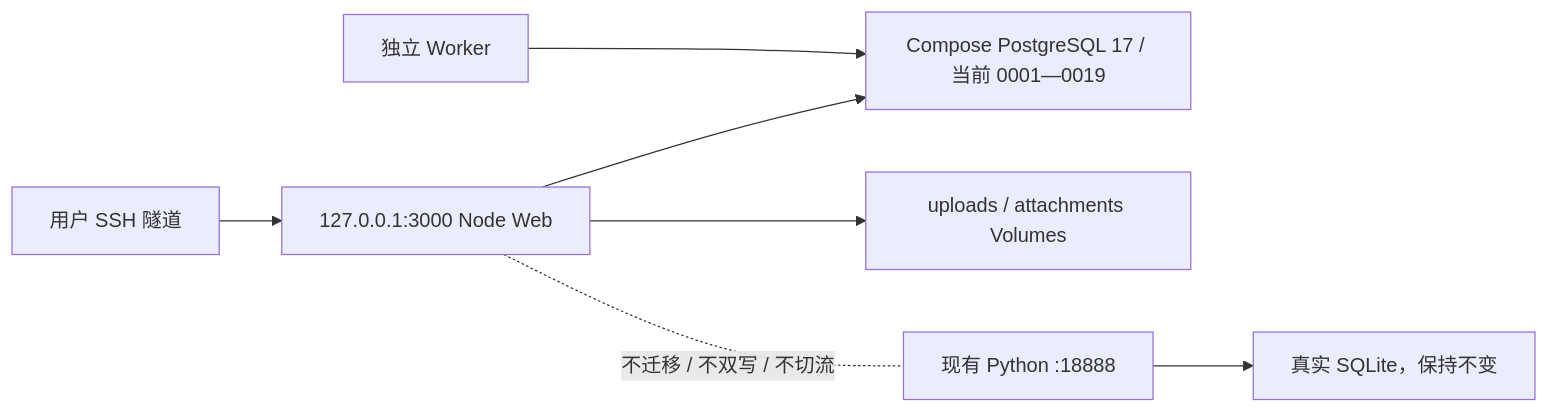
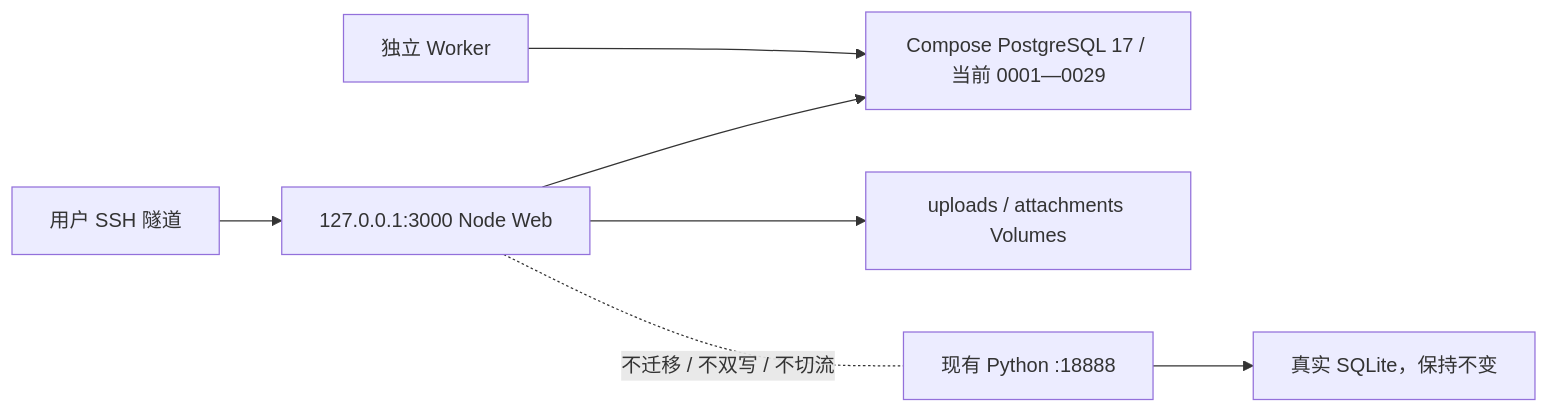
One commit to 3443176848/chenyida changed the tenth of 20 diagrams in docs/project/ARCHITECTURE.md. Above: the diagram before and after it, drawn with Mermaid. The commit also changed other lines of this file and 9 other files, not shown here.

````diff
--- a/docs/project/ARCHITECTURE.md
+++ b/docs/project/ARCHITECTURE.md
@@ -155,9 +172,9 @@
 ```mermaid
 flowchart LR
     SSH["用户 SSH 隧道"] --> WEB["127.0.0.1:3000 Node Web"]
-    WEB --> PG["Compose PostgreSQL 17 / 当前 0001—0019"]
+    WEB --> PG["Compose PostgreSQL 17 / 当前 0001—0029"]
     WORKER["独立 Worker"] --> PG
     WEB --> FILES["uploads / attachments Volumes"]
     PY["现有 Python :18888"] --> SQLITE["真实 SQLite，保持不变"]
     WEB -. "不迁移 / 不双写 / 不切流" .- PY
 ```
````
